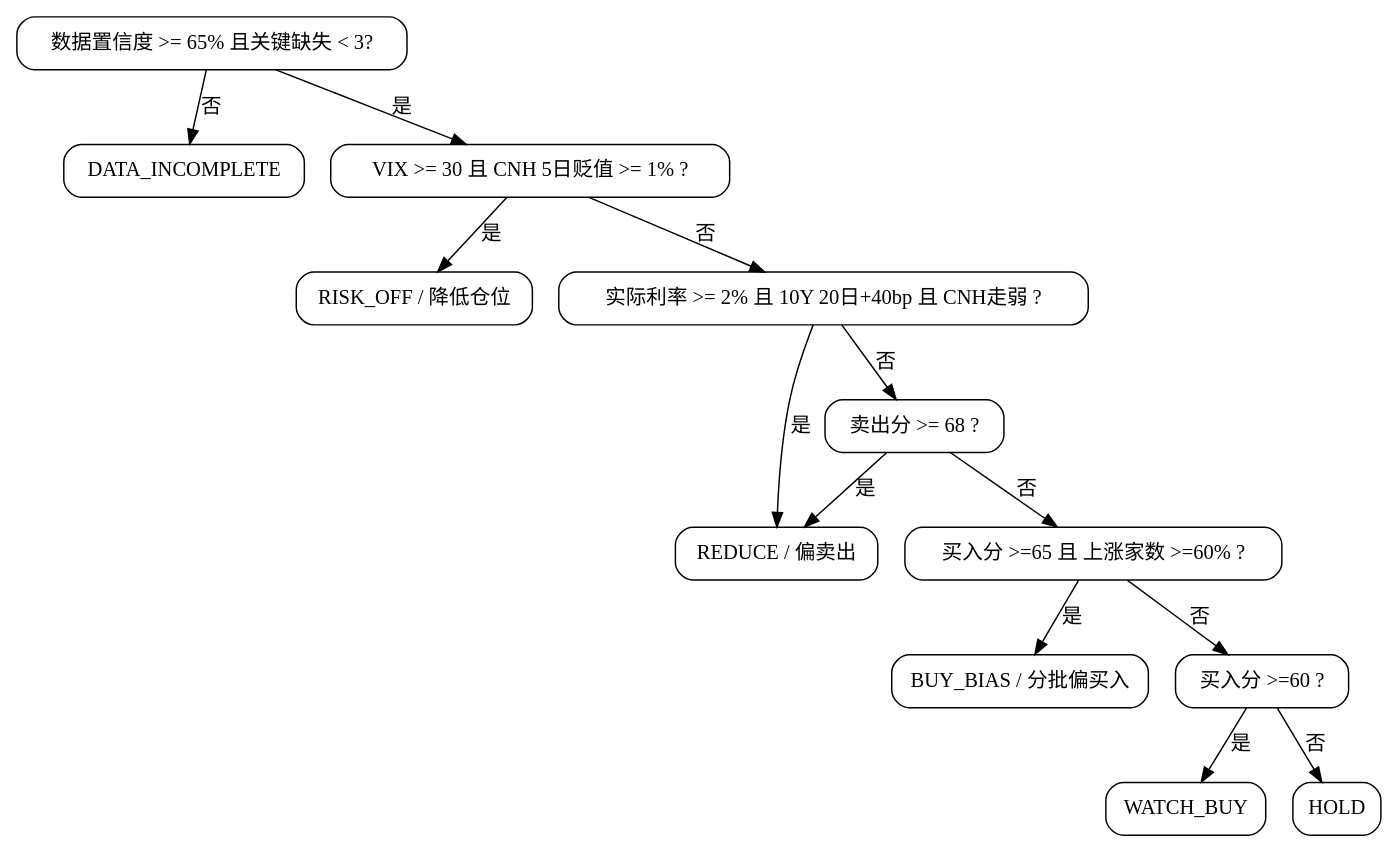
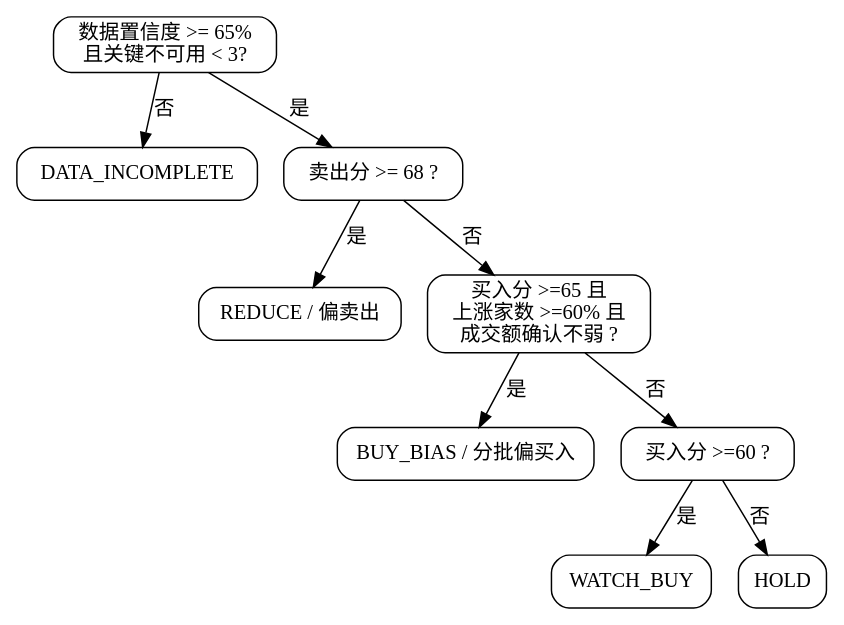
One commit to morewnutri/a_share_risk_engine changed the diagram in decision_tree.dot. Above: the diagram before and after it, drawn with Graphviz. The commit also changed 7 other files, not shown here.

```diff
--- a/decision_tree.dot
+++ b/decision_tree.dot
@@ -1,22 +1,17 @@
 digraph AShareRiskTree {
     rankdir=TB;
     node [shape=box, style="rounded"];
-    A [label="数据置信度 >= 65% 且关键缺失 < 3?"];
+    A [label="数据置信度 >= 65%\n且关键不可用 < 3?"];
     B [label="DATA_INCOMPLETE"];
-    C [label="VIX >= 30 且 CNH 5日贬值 >= 1% ?"];
-    D [label="RISK_OFF / 降低仓位"];
-    E [label="实际利率 >= 2% 且 10Y 20日+40bp 且 CNH走弱 ?"];
-    F [label="REDUCE / 偏卖出"];
-    G [label="卖出分 >= 68 ?"];
-    H [label="买入分 >=65 且 上涨家数 >=60% ?"];
-    I [label="BUY_BIAS / 分批偏买入"];
-    J [label="买入分 >=60 ?"];
-    K [label="WATCH_BUY"];
-    L [label="HOLD"];
+    C [label="卖出分 >= 68 ?"];
+    D [label="REDUCE / 偏卖出"];
+    E [label="买入分 >=65 且\n上涨家数 >=60% 且\n成交额确认不弱 ?"];
+    F [label="BUY_BIAS / 分批偏买入"];
+    G [label="买入分 >=60 ?"];
+    H [label="WATCH_BUY"];
+    I [label="HOLD"];
     A -> B [label="否"]; A -> C [label="是"];
     C -> D [label="是"]; C -> E [label="否"];
     E -> F [label="是"]; E -> G [label="否"];
-    G -> F [label="是"]; G -> H [label="否"];
-    H -> I [label="是"]; H -> J [label="否"];
-    J -> K [label="是"]; J -> L [label="否"];
+    G -> H [label="是"]; G -> I [label="否"];
 }
```
